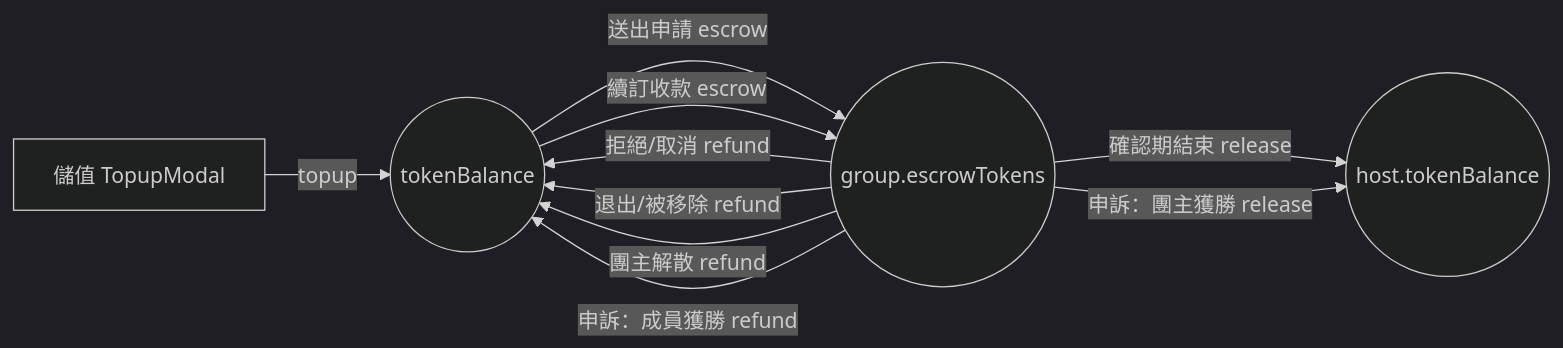
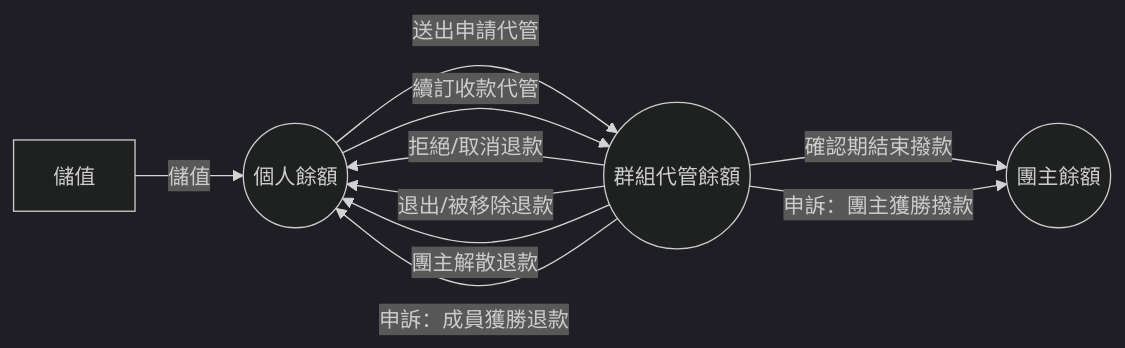
One commit to s1092055/PartyMatch changed the first of 2 diagrams in docs/flows/payment-token-flow.md. Above: the diagram before and after it, drawn with Mermaid (dark theme). The commit also changed other lines of this file and 12 other files, not shown here.

First line of the commit message:
docs: 精簡 flows 文件敘述，拿掉變數/prop/class 名與英文直翻術語

````diff
--- a/docs/flows/payment-token-flow.md
+++ b/docs/flows/payment-token-flow.md
@@ -8,12 +8,12 @@
 ```mermaid
 flowchart LR
-    A[儲值 TopupModal] -->|topup| B(("tokenBalance"))
-    B -->|送出申請 escrow| C(("group.escrowTokens"))
-    C -->|拒絕/取消 refund| B
-    C -->|確認期結束 release| D(("host.tokenBalance"))
-    C -->|退出/被移除 refund| B
-    C -->|團主解散 refund| B
-    C -->|申訴：成員獲勝 refund| B
-    C -->|申訴：團主獲勝 release| D
-    B -->|續訂收款 escrow| C
+    A[儲值] -->|儲值| B(("個人餘額"))
+    B -->|送出申請代管| C(("群組代管餘額"))
+    C -->|拒絕/取消退款| B
+    C -->|確認期結束撥款| D(("團主餘額"))
+    C -->|退出/被移除退款| B
+    C -->|團主解散退款| B
+    C -->|申訴：成員獲勝退款| B
+    C -->|申訴：團主獲勝撥款| D
+    B -->|續訂收款代管| C
 ```
````
